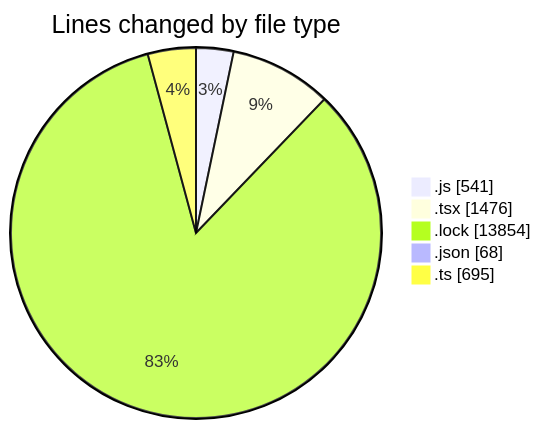
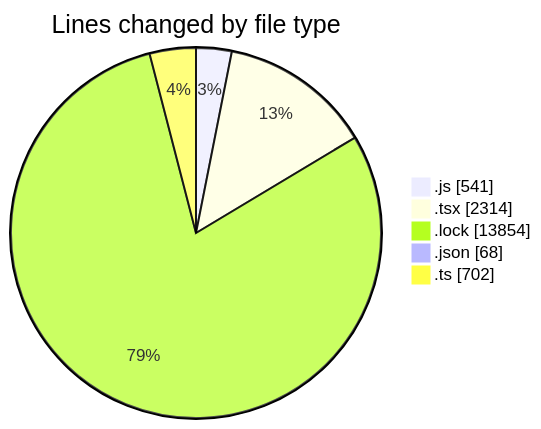
The first of 2 diagrams in 2026-06-16/cda/README.md (momahboobian/code-tracking), drawn with Mermaid before and after one commit. The commit also changed other lines of this file and 1 other file, not shown here.

````diff
--- a/2026-06-16/cda/README.md
+++ b/2026-06-16/cda/README.md
@@ -34,9 +39,9 @@
 ```mermaid
 pie showData
 title Lines changed by file type
 ".js" : 541
-".tsx" : 1476
+".tsx" : 2314
 ".lock" : 13854
 ".json" : 68
-".ts" : 695
+".ts" : 702
 ```
````
